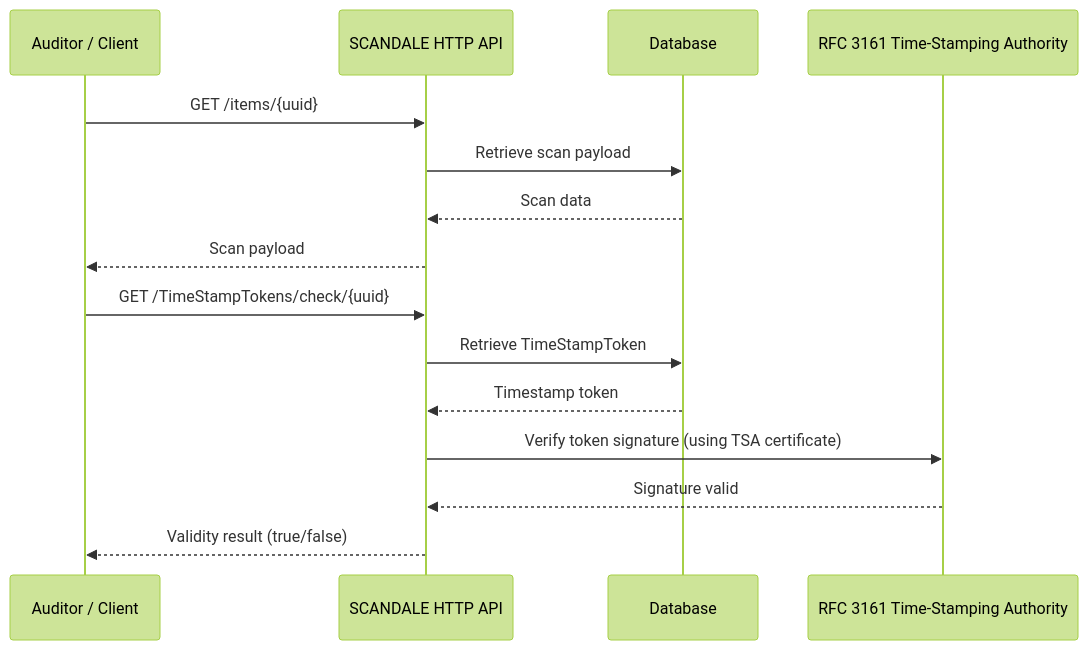
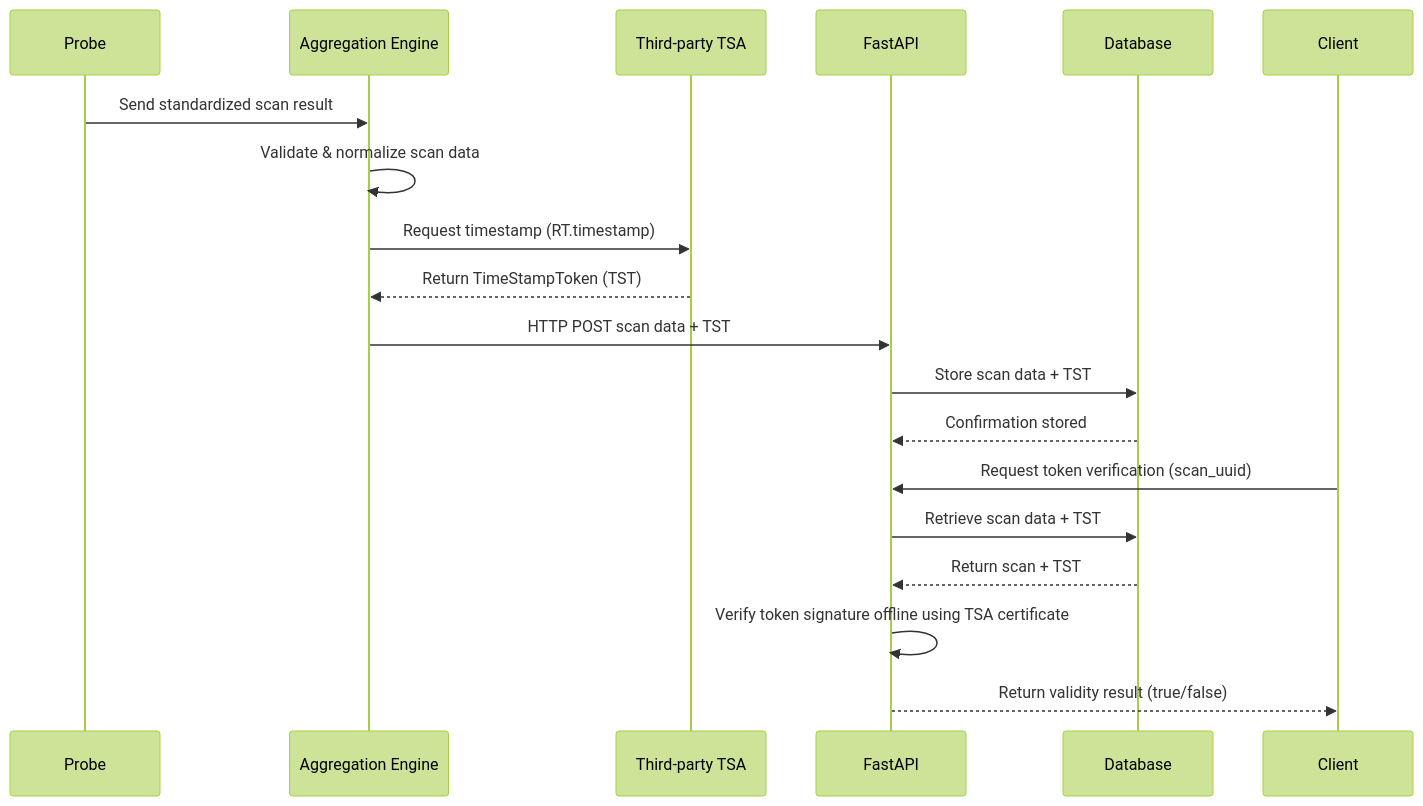
Before and after one commit to scandale-project/scandale: the second of 2 diagrams in paper/paper.md, drawn with Mermaid (forest theme). The commit also changed other lines of this file and 15 other files, not shown here.

Commit message:
clarify sequence diagrams (timestamp check and Timestamp token generation)

````diff
--- a/paper/paper.md
+++ b/paper/paper.md
@@ -300,19 +232,29 @@
-```mermaid{caption="Figure: Sequence diagram for token validation. The SCANDALE FastAPI server performs the RFC 3161 verification with the TSA and returns a validity result to the client."}
+```mermaid
 sequenceDiagram
-    participant Auditor as Auditor / Client
-    participant API as SCANDALE HTTP API
+    participant Probe
+    participant Aggregation as Aggregation Engine
+    participant TSA as Third-party TSA
+    participant API as FastAPI
     participant DB as Database
-    participant TSA as RFC 3161 Time-Stamping Authority
+    participant Client
 
-    Auditor->>API: GET /items/{uuid}
-    API->>DB: Retrieve scan payload
-    DB-->>API: Scan data
-    API-->>Auditor: Scan payload
+    %% Data collection
+    Probe->>Aggregation: Send standardized scan result
+    Aggregation->>Aggregation: Validate & normalize scan data
 
-    Auditor->>API: GET /TimeStampTokens/check/{uuid}
-    API->>DB: Retrieve TimeStampToken
-    DB-->>API: Timestamp token
-    API->>TSA: Verify token signature (using TSA certificate)
-    TSA-->>API: Signature valid
-    API-->>Auditor: Validity result (true/false)
+    %% Timestamp acquisition
+    Aggregation->>TSA: Request timestamp (RT.timestamp)
+    TSA-->>Aggregation: Return TimeStampToken (TST)
+
+    %% Store scan + token
+    Aggregation->>API: HTTP POST scan data + TST
+    API->>DB: Store scan data + TST
+    DB-->>API: Confirmation stored
+
+    %% Offline token verification
+    Client->>API: Request token verification (scan_uuid)
+    API->>DB: Retrieve scan data + TST
+    DB-->>API: Return scan + TST
+    API->>API: Verify token signature offline using TSA certificate
+    API-->>Client: Return validity result (true/false)
 ```
````
